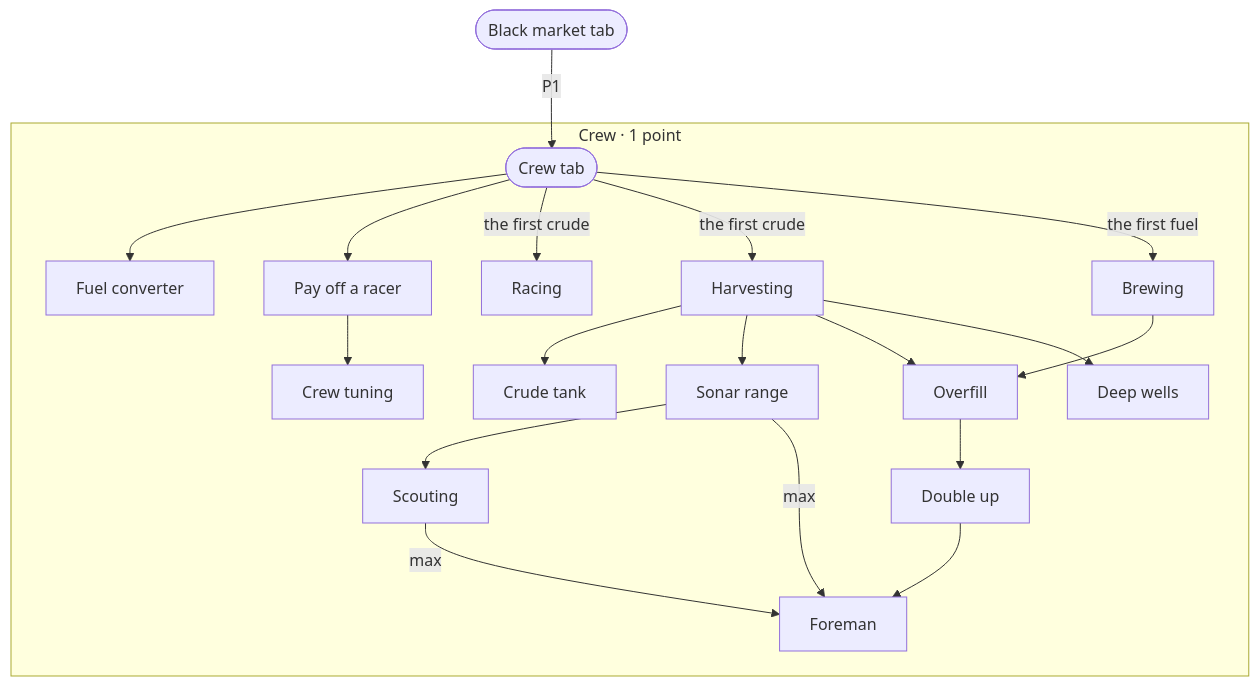
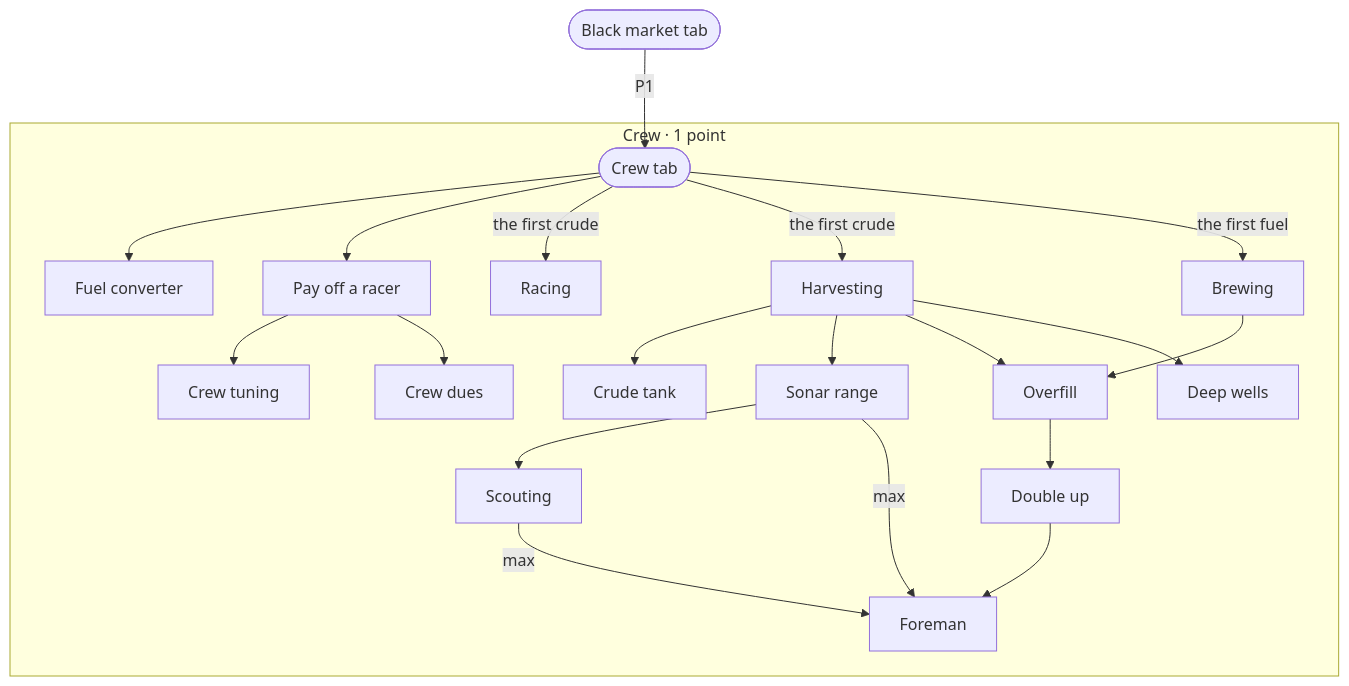
Before and after one commit to fulibacsi/rev-it: the second of 2 diagrams in docs/upgrade-graph.md, drawn with Mermaid. The commit also changed other lines of this file and 1 other file, not shown here.

Commit message:
Design notes: every crew member earns metres, only racers earn places
The owner (26 Oct), in place of "spare cars race": every crew member
earns a share of the metres it drives (a racer those of its own race,
the rest yours), so no car is dead weight; only racers earn places.
Fleet dues becomes generic again, as Crew dues; Racing becomes the
racer's own upgrade, more points from places. A new target for
act3.py: oil makes at least two-thirds of the fuel after the scripted
run, since dues are metres the Fuel converter turns into fuel.

Claude-Session: https://claude.ai/code/session_0186SCfp1Mq5RfckHRHPajfn

````diff
--- a/docs/upgrade-graph.md
+++ b/docs/upgrade-graph.md
@@ -211,32 +211,33 @@
 ```mermaid
 flowchart TD
   subgraph C["Crew · 1 point"]
     crewTab(["Crew tab"])
     converter["Fuel converter"]
     payoff["Pay off a racer"]
     tuning["Crew tuning"]
+    dues["Crew dues"]
     racing["Racing"]
     harvesting["Harvesting"]
     brewing["Brewing"]
     crude["Crude tank"]
     sonar["Sonar range"]
     scouting["Scouting"]
     overfill["Overfill"]
     wells["Deep wells"]
     double["Double up"]
     foreman["Foreman"]
   end
   black(["Black market tab"]) -- P1 --> crewTab
   crewTab --> converter & payoff
-  payoff --> tuning
+  payoff --> tuning & dues
   crewTab -- "the first crude" --> racing & harvesting
   crewTab -- "the first fuel" --> brewing
   harvesting --> crude & sonar
   sonar --> scouting
   harvesting & brewing --> overfill
   harvesting --> wells
   overfill --> double
   double --> foreman
   scouting -- max --> foreman
   sonar -- max --> foreman
 ```
````
